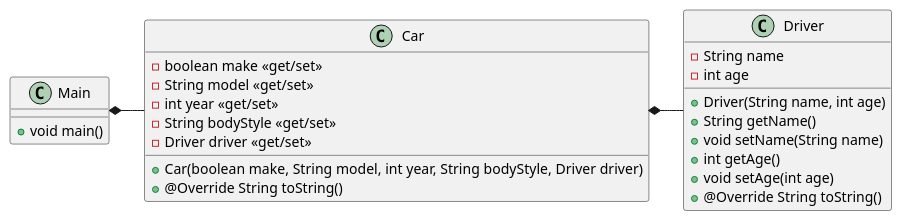
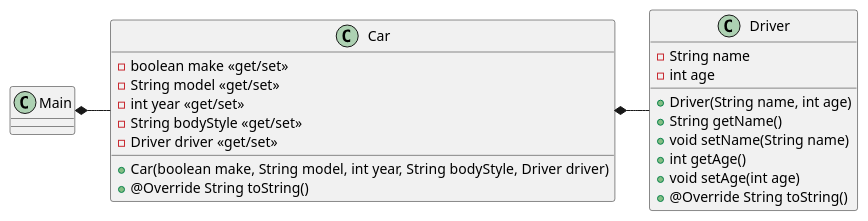
Before and after one commit to MagKon/Dat1-ugeopgave5: the diagram in OOP1/Documentation/CarsAndDrivers.puml, drawn with PlantUML. The commit also changed 1 other file, not shown here.

```diff
--- a/OOP1/Documentation/CarsAndDrivers.puml
+++ b/OOP1/Documentation/CarsAndDrivers.puml
@@ -1,33 +1,33 @@
 @startuml
 'https://plantuml.com/object-diagram
 
 class Main {
-    +void main()
+
 }
 
 class Car {
     -boolean make «get/set»
     -String model «get/set»
     -int year «get/set»
     -String bodyStyle «get/set»
     -Driver driver «get/set»
 
     +Car(boolean make, String model, int year, String bodyStyle, Driver driver)
     +@Override String toString()
 }
 class Driver {
     -String name
     -int age
 
     +Driver(String name, int age)
     +String getName()
     +void setName(String name)
     +int getAge()
     +void setAge(int age)
     +@Override String toString()
 }
 
 Main *- Car
 Car *- Driver
 
 @enduml
```
